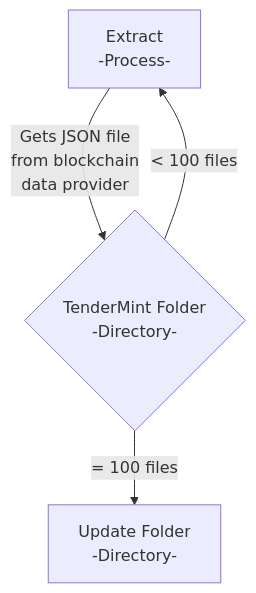
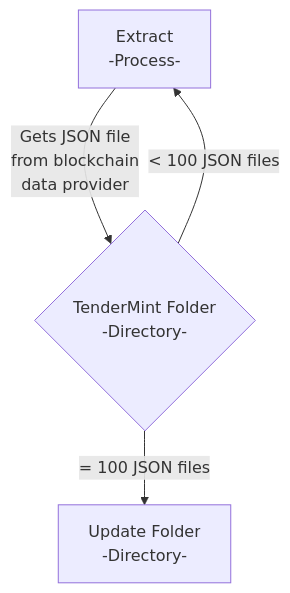
Before and after one commit to patmcfarland/one: the diagram in README.md, drawn with Mermaid.

````diff
--- a/README.md
+++ b/README.md
@@ -1,8 +1,8 @@
 ```mermaid
 flowchart TD
 A[Extract<br>-Process-]
 A -- Gets JSON file<br>from blockchain<br>data provider --> B
 B{TenderMint Folder<br>-Directory-}
-B -- = 100 files --> C[Update Folder<br>-Directory-]
-B -- < 100 files --> A
+B -- = 100 JSON files --> C[Update Folder<br>-Directory-]
+B -- < 100 JSON files --> A
 ```
````
